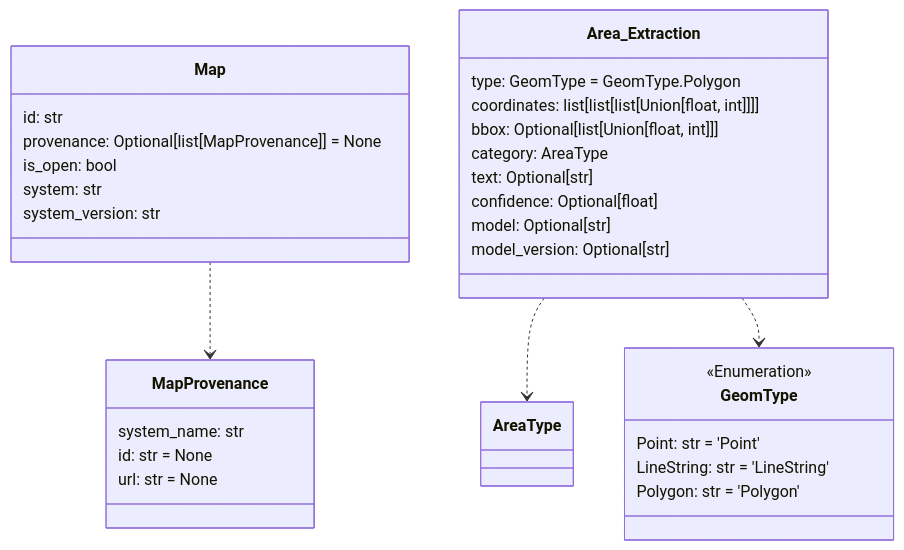
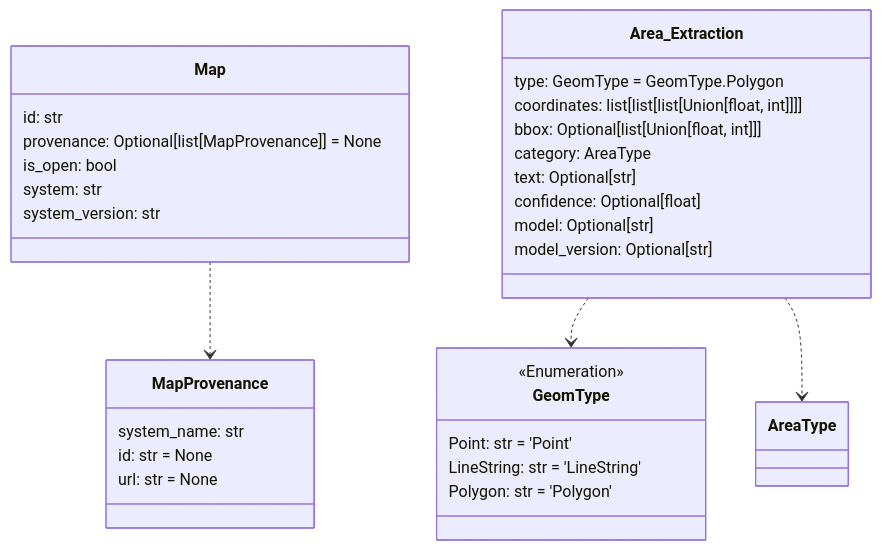
One commit to DARPA-CRITICALMAAS/cdr_schemas changed diagram 12 of 12 in README.md. Above: the diagram before and after it, drawn with Mermaid. The commit also changed other lines of this file and 2 other files, not shown here.

````diff
--- a/README.md
+++ b/README.md
@@ -862,41 +862,41 @@
 ```mermaid
 classDiagram
+
+    class GeomType {
+        <<Enumeration>>
+        Point: str = 'Point'
+        LineString: str = 'LineString'
+        Polygon: str = 'Polygon'
+    }
 
     class Map {
         id: str
         provenance: Optional[list[MapProvenance]] = None
         is_open: bool
         system: str
         system_version: str
-    }
-
-    class MapProvenance {
-        system_name: str
-        id: str = None
-        url: str = None
-    }
-
-    class GeomType {
-        <<Enumeration>>
-        Point: str = 'Point'
-        LineString: str = 'LineString'
-        Polygon: str = 'Polygon'
     }
 
     class Area_Extraction {
         type: GeomType = GeomType.Polygon
         coordinates: list[list[list[Union[float, int]]]]
         bbox: Optional[list[Union[float, int]]]
         category: AreaType
         text: Optional[str]
         confidence: Optional[float]
         model: Optional[str]
         model_version: Optional[str]
     }
 
+    class MapProvenance {
+        system_name: str
+        id: str = None
+        url: str = None
+    }
+
+    Area_Extraction ..> GeomType
     Area_Extraction ..> AreaType
-    Area_Extraction ..> GeomType
     Map ..> MapProvenance
 
 
 ```
````
